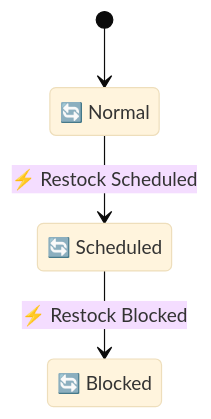
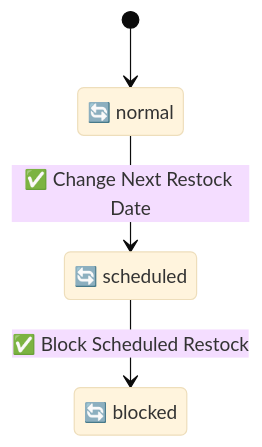
The fourth of 4 diagrams in docs/diagram-sample-review.md (manji-0/rdra-ish-dsl), drawn with Mermaid (base theme) before and after one commit. The commit also changed other lines of this file and 14 other files, not shown here.

````diff
--- a/docs/diagram-sample-review.md
+++ b/docs/diagram-sample-review.md
@@ -245,9 +245,9 @@
 ```mermaid
 stateDiagram-v2
-  [*] --> Normal
-  state "🔄 Normal" as Normal
-  state "🔄 Scheduled" as Scheduled
-  state "🔄 Blocked" as Blocked
-  Normal --> Scheduled : ⚡ Restock Scheduled
-  Scheduled --> Blocked : ⚡ Restock Blocked
+  [*] --> Store_normal
+  state "🔄 normal" as Store_normal
+  state "🔄 scheduled" as Store_scheduled
+  state "🔄 blocked" as Store_blocked
+  Store_normal --> Store_scheduled : ✅ Change Next Restock Date
+  Store_scheduled --> Store_blocked : ✅ Block Scheduled Restock
 ```
````
